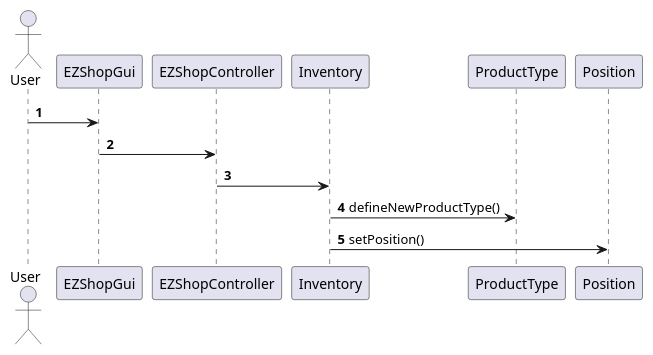
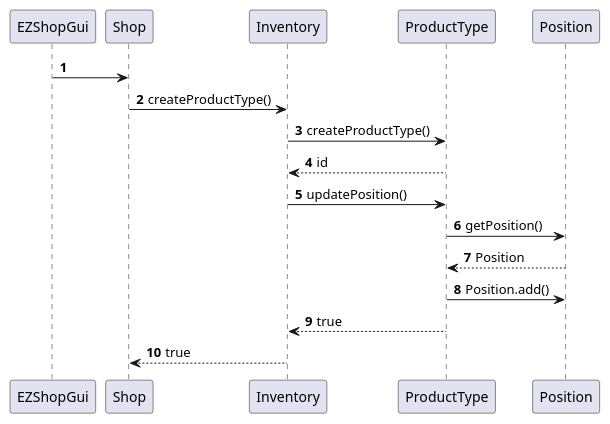
The third of 12 diagrams in Deliverables/DesignDocument.md (mkexc/ezshop), drawn with PlantUML before and after one commit. The commit also changed other lines of this file and 3 other files, not shown here.

Commit message:
Deliverables: fixed LowLevel design, added sequence diagrams, started estimation

````diff
--- a/Deliverables/DesignDocument.md
+++ b/Deliverables/DesignDocument.md
@@ -338,11 +363,15 @@
 ```plantuml
 @startuml
 autonumber
-actor User
-User -> EZShopGui
-EZShopGui -> EZShopController
-EZShopController -> Inventory
-Inventory -> ProductType : defineNewProductType()
-Inventory -> Position : setPosition()
+EZShopGui -> Shop
+Shop -> Inventory : createProductType()
+Inventory -> ProductType : createProductType()
+Inventory <-- ProductType : id
+Inventory -> ProductType : updatePosition()
+ProductType -> Position : getPosition()
+ProductType <-- Position : Position
+ProductType -> Position : Position.add()
+Inventory <-- ProductType : true
+Shop <-- Inventory : true
 @enduml
 ```
````
